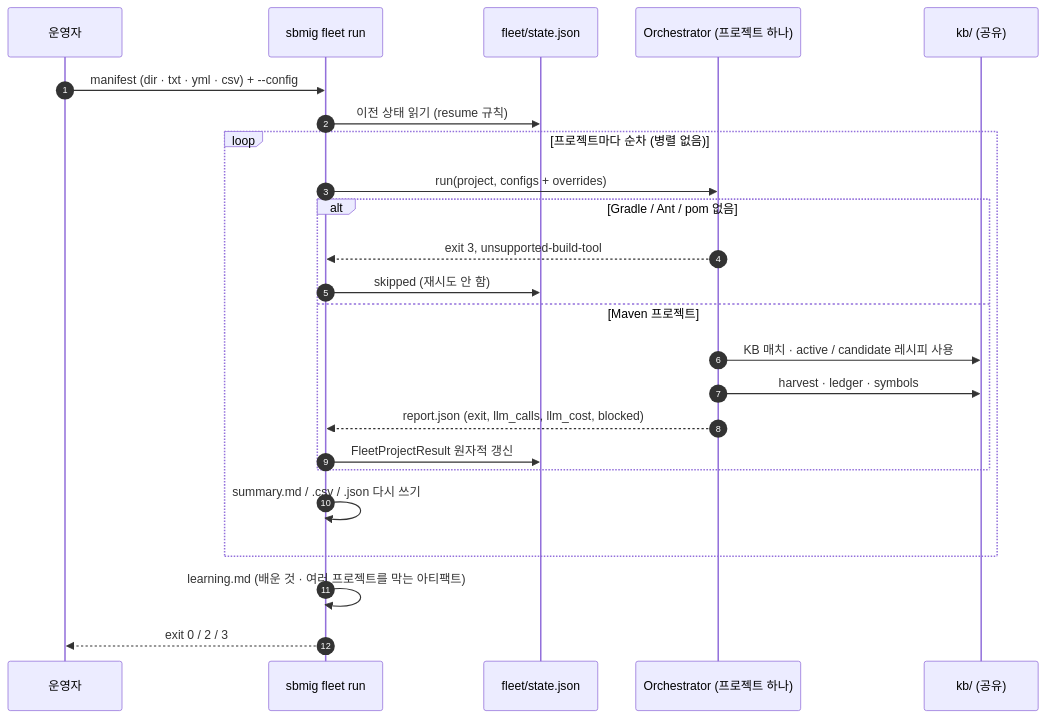
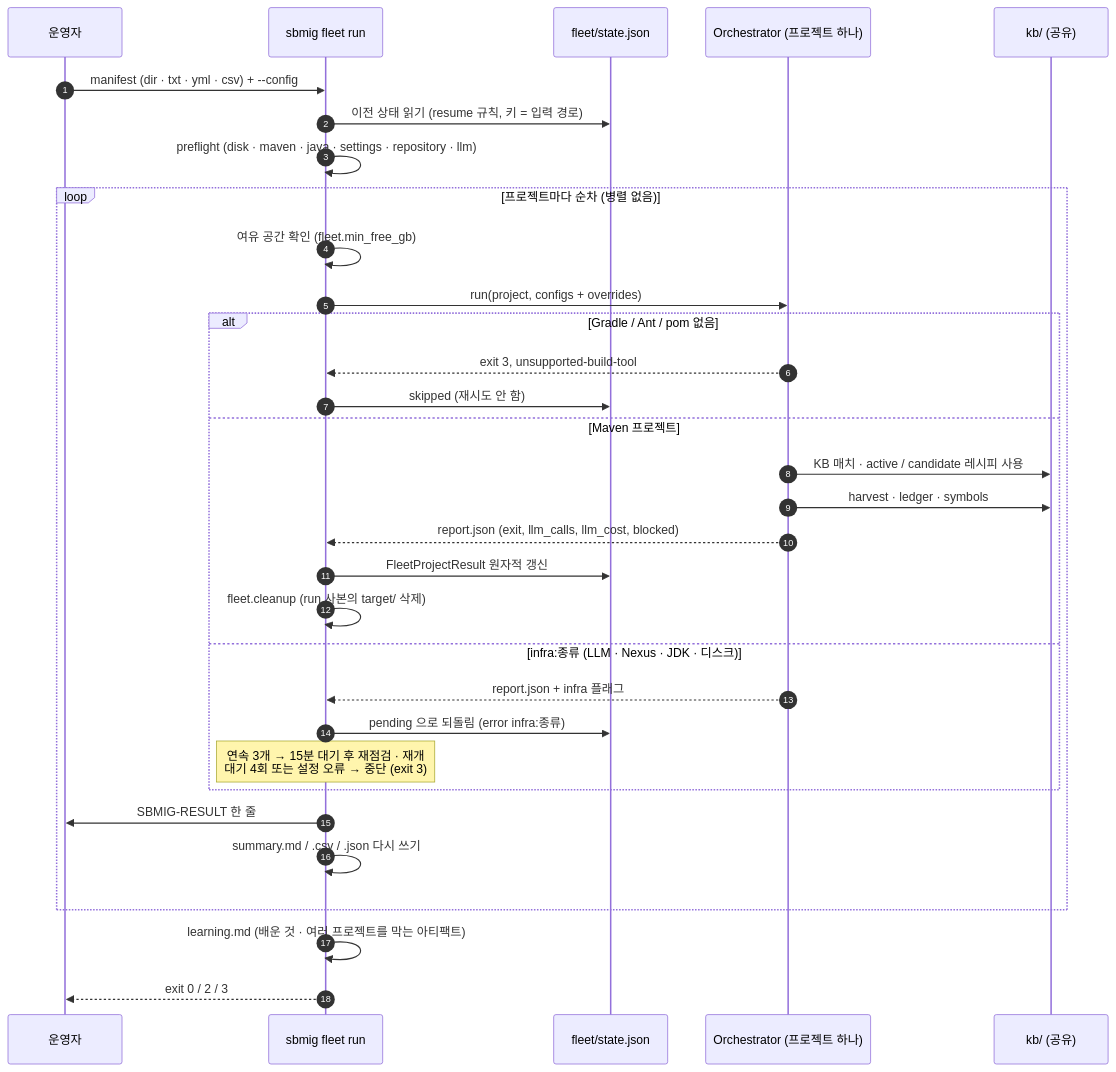
Before and after one commit to acandiatale/tutu: the diagram in docs/migration-agent/diagrams/fleet.mmd, drawn with Mermaid. The commit also changed 193 other files, not shown here.

```diff
--- a/docs/migration-agent/diagrams/fleet.mmd
+++ b/docs/migration-agent/diagrams/fleet.mmd
@@ -1,24 +1,32 @@
 sequenceDiagram
   autonumber
   participant O as 운영자
   participant F as sbmig fleet run
   participant S as fleet/state.json
   participant R as Orchestrator (프로젝트 하나)
   participant K as kb/ (공유)
   O->>F: manifest (dir · txt · yml · csv) + --config
-  F->>S: 이전 상태 읽기 (resume 규칙)
+  F->>S: 이전 상태 읽기 (resume 규칙, 키 = 입력 경로)
+  F->>F: preflight (disk · maven · java · settings · repository · llm)
   loop 프로젝트마다 순차 (병렬 없음)
+    F->>F: 여유 공간 확인 (fleet.min_free_gb)
     F->>R: run(project, configs + overrides)
     alt Gradle / Ant / pom 없음
       R-->>F: exit 3, unsupported-build-tool
       F->>S: skipped (재시도 안 함)
     else Maven 프로젝트
       R->>K: KB 매치 · active / candidate 레시피 사용
       R->>K: harvest · ledger · symbols
       R-->>F: report.json (exit, llm_calls, llm_cost, blocked)
       F->>S: FleetProjectResult 원자적 갱신
+      F->>F: fleet.cleanup (run 사본의 target/ 삭제)
+    else infra:종류 (LLM · Nexus · JDK · 디스크)
+      R-->>F: report.json + infra 플래그
+      F->>S: pending 으로 되돌림 (error infra:종류)
+      Note over F: 연속 3개 → 15분 대기 후 재점검 · 재개<br/>대기 4회 또는 설정 오류 → 중단 (exit 3)
     end
+    F->>O: SBMIG-RESULT 한 줄
     F->>F: summary.md / .csv / .json 다시 쓰기
   end
   F->>F: learning.md (배운 것 · 여러 프로젝트를 막는 아티팩트)
   F-->>O: exit 0 / 2 / 3
```
